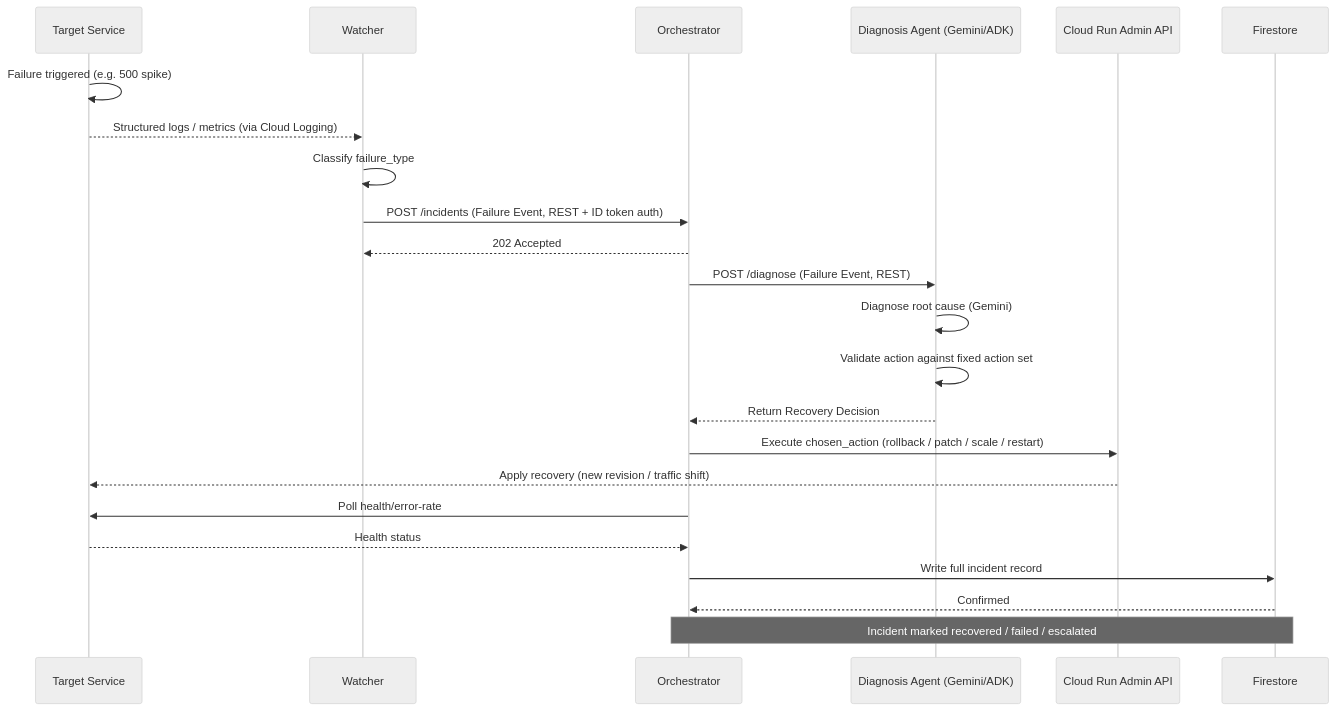
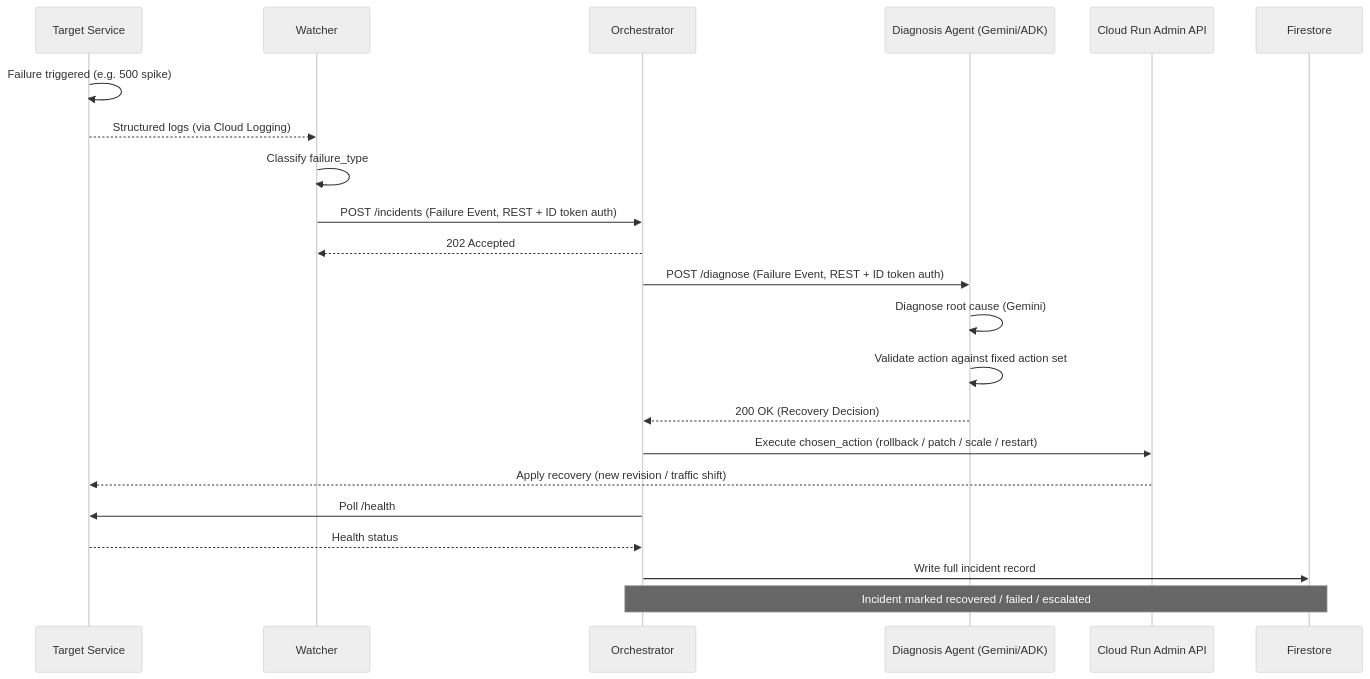
Before and after one commit to MdHananSjd/AutoMend: the second of 2 diagrams in README.md, drawn with Mermaid (neutral theme). The commit also changed other lines of this file and 3 other files, not shown here.

````diff
--- a/README.md
+++ b/README.md
@@ -86,26 +87,25 @@
 ```mermaid
 sequenceDiagram
     participant T as Target Service
     participant W as Watcher
     participant O as Orchestrator
     participant D as Diagnosis Agent (Gemini/ADK)
     participant C as Cloud Run Admin API
     participant F as Firestore
 
     T->>T: Failure triggered (e.g. 500 spike)
-    T-->>W: Structured logs / metrics (via Cloud Logging)
+    T-->>W: Structured logs (via Cloud Logging)
     W->>W: Classify failure_type
     W->>O: POST /incidents (Failure Event, REST + ID token auth)
     O-->>W: 202 Accepted
-    O->>D: POST /diagnose (Failure Event, REST)
+    O->>D: POST /diagnose (Failure Event, REST + ID token auth)
     D->>D: Diagnose root cause (Gemini)
     D->>D: Validate action against fixed action set
-    D-->>O: Return Recovery Decision
+    D-->>O: 200 OK (Recovery Decision)
     O->>C: Execute chosen_action (rollback / patch / scale / restart)
     C-->>T: Apply recovery (new revision / traffic shift)
-    O->>T: Poll health/error-rate
+    O->>T: Poll /health
     T-->>O: Health status
     O->>F: Write full incident record
-    F-->>O: Confirmed
     Note over O,F: Incident marked recovered / failed / escalated
 ```
````
